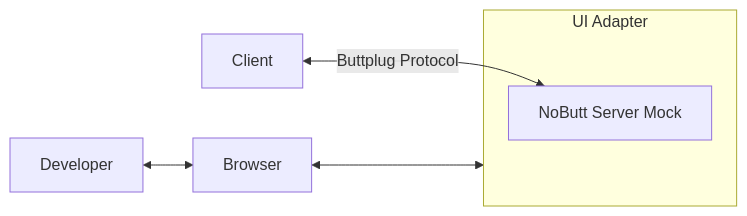
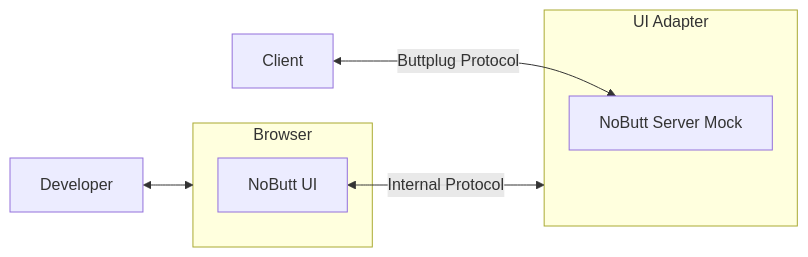
The fifth of 5 diagrams in README.md (butvinm/nobutt), drawn with Mermaid before and after one commit.

Commit message:
Update Web UI usage graph

````diff
--- a/README.md
+++ b/README.md
@@ -85,10 +85,14 @@
 ```mermaid
 graph LR
     Developer <--> Browser
-    Browser <--> UIAdapter[UI Adapter]
+
+    subgraph Browser
+        NoButtUI[NoButt UI]
+    end
+    Client <--> | Buttplug Protocol | NoButt
+
     subgraph UIAdapter[UI Adapter]
         NoButt[NoButt Server Mock]
     end
-
-    Client <--> | Buttplug Protocol | NoButt
+    NoButtUI <--> | Internal Protocol | UIAdapter
 ```
````
